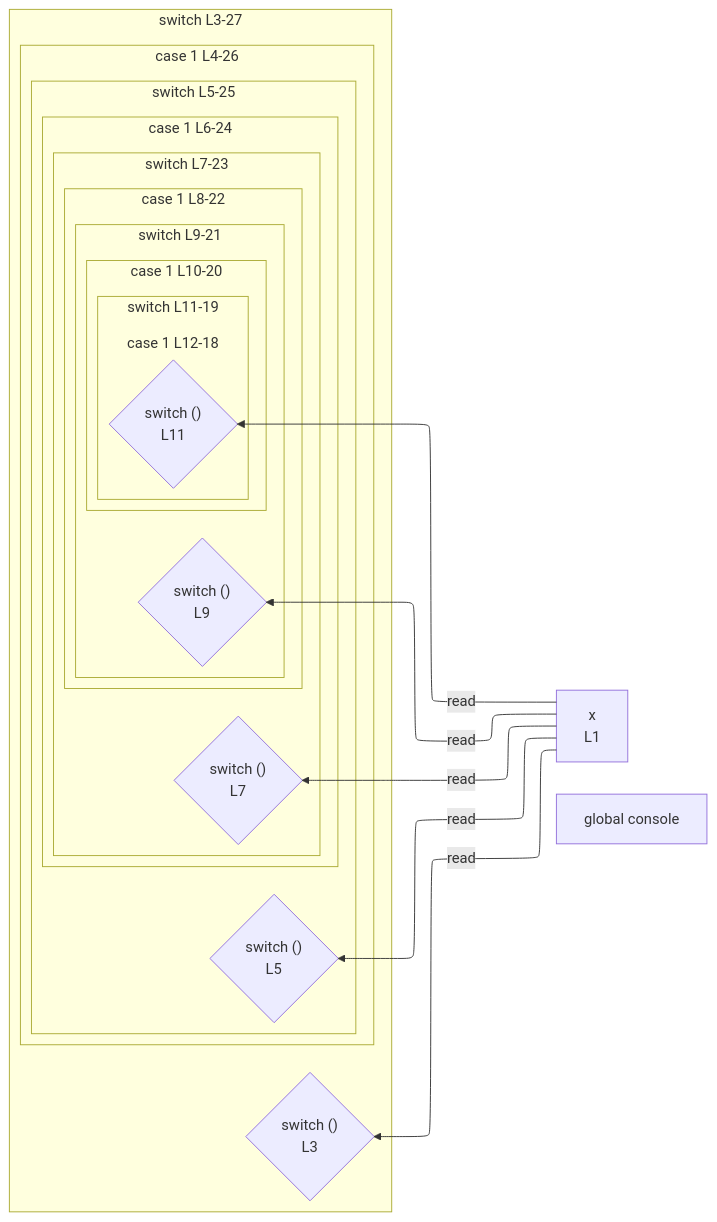
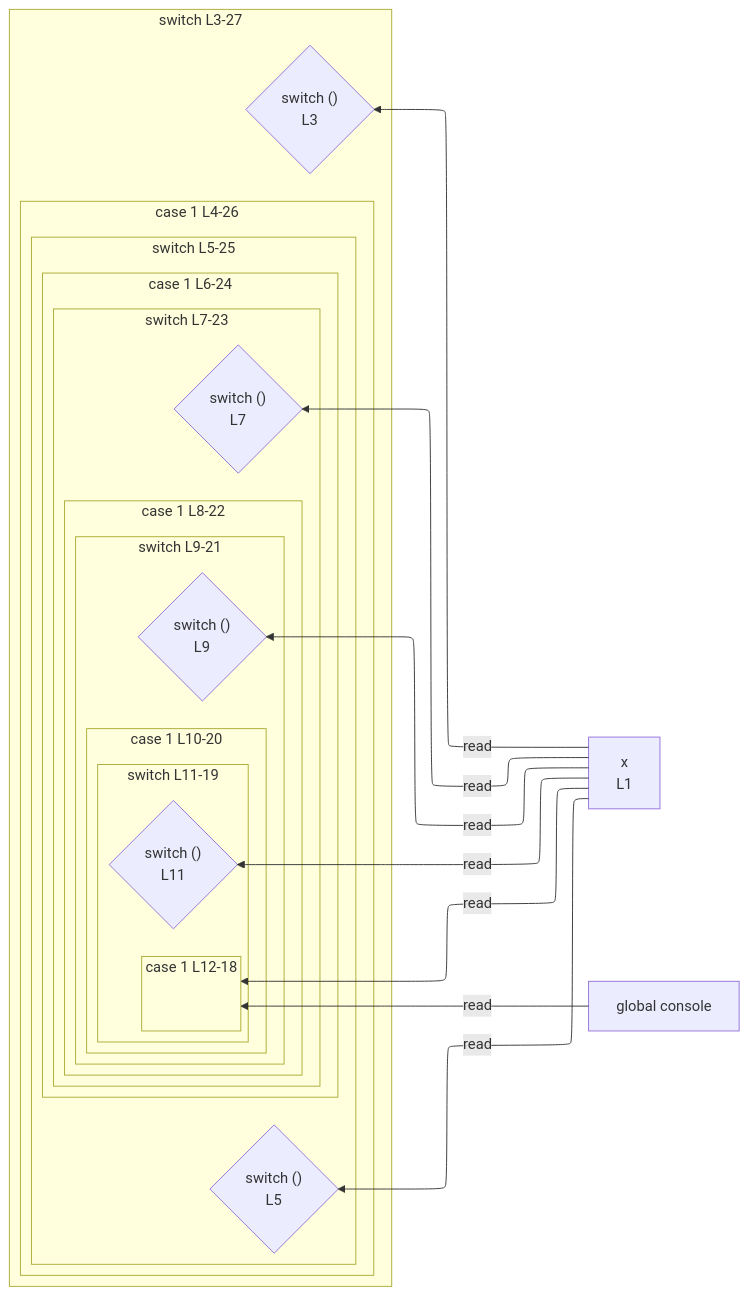
Before and after one commit to crescware/unsnarl: the diagram in integration/fixtures/app-behavior/depth/switch/depth-5/preview.md, drawn with Mermaid. The commit also changed 63 other files, not shown here.

````diff
--- a/integration/fixtures/app-behavior/depth/switch/depth-5/preview.md
+++ b/integration/fixtures/app-behavior/depth/switch/depth-5/preview.md
@@ -37,46 +37,51 @@
 ```mermaid
 %%{init: {"flowchart": {"defaultRenderer": "elk"}}}%%
 flowchart RL
   n_scope_0_x_6["x<br/>L1"]
   n_scope_0_console_296["global console"]
   subgraph s_scope_1["switch L3-27"]
     direction RL
     switch_discriminant_scope_0_14{"switch ()<br/>L3"}
     subgraph s_scope_2["case 1 L4-26"]
       direction RL
       subgraph s_scope_3["switch L5-25"]
         direction RL
         switch_discriminant_scope_2_41{"switch ()<br/>L5"}
         subgraph s_scope_4["case 1 L6-24"]
           direction RL
           subgraph s_scope_5["switch L7-23"]
             direction RL
             switch_discriminant_scope_4_76{"switch ()<br/>L7"}
             subgraph s_scope_6["case 1 L8-22"]
               direction RL
               subgraph s_scope_7["switch L9-21"]
                 direction RL
                 switch_discriminant_scope_6_119{"switch ()<br/>L9"}
                 subgraph s_scope_8["case 1 L10-20"]
                   direction RL
                   subgraph s_scope_9["switch L11-19"]
                     direction RL
                     switch_discriminant_scope_8_170{"switch ()<br/>L11"}
                     subgraph s_scope_10["case 1 L12-18"]
                       direction RL
+                      elk_empty_s_scope_10[" "]
                     end
                   end
                 end
               end
             end
           end
         end
       end
     end
   end
   n_scope_0_x_6 -->|read| switch_discriminant_scope_0_14
   n_scope_0_x_6 -->|read| switch_discriminant_scope_2_41
   n_scope_0_x_6 -->|read| switch_discriminant_scope_4_76
   n_scope_0_x_6 -->|read| switch_discriminant_scope_6_119
   n_scope_0_x_6 -->|read| switch_discriminant_scope_8_170
+  n_scope_0_x_6 -->|read| s_scope_10
+  n_scope_0_console_296 -->|read| s_scope_10
+  classDef elkEmptyPlaceholder fill:transparent,stroke:transparent,color:transparent;
+  class elk_empty_s_scope_10 elkEmptyPlaceholder;
 ```
````
